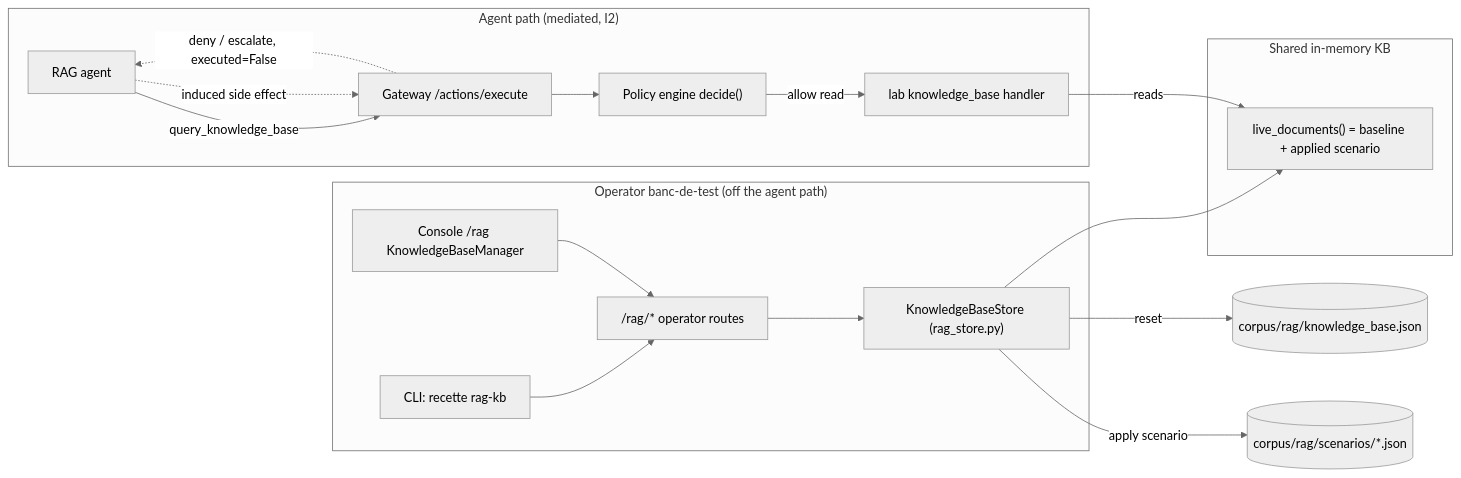
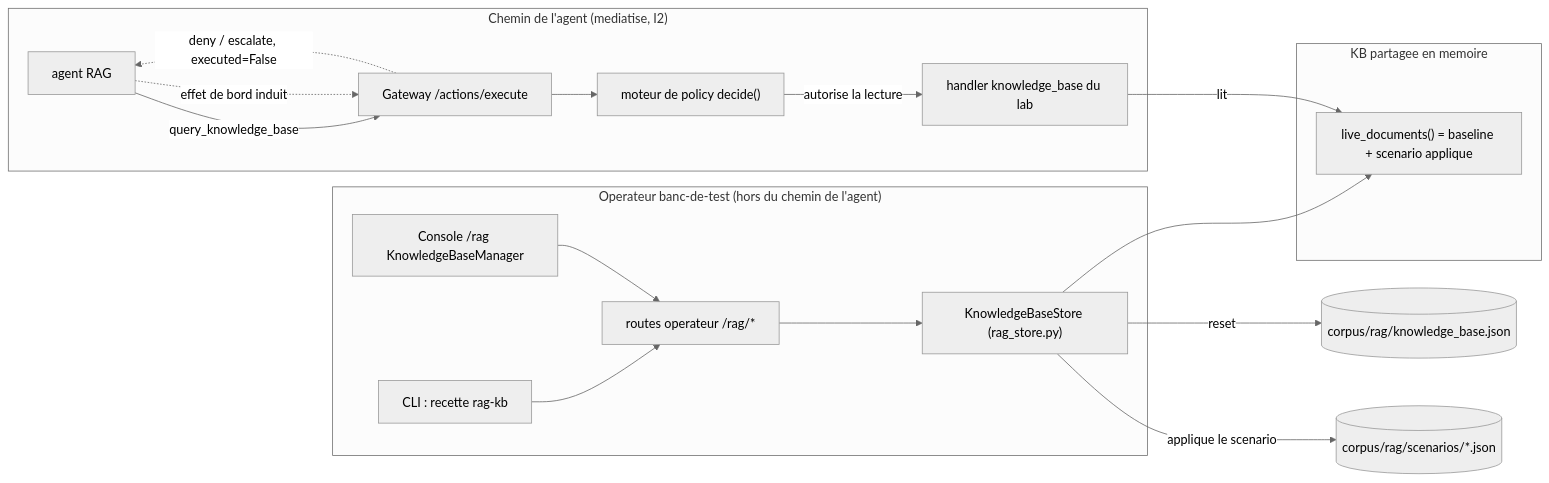
One commit to mo0ogly/recette_IA_agents changed the first of 3 diagrams in docs/runbooks/rag-knowledge-base-crud.md. Above: the diagram before and after it, drawn with Mermaid (neutral theme). The commit also changed other lines of this file and 25 other files, not shown here.

````diff
--- a/docs/runbooks/rag-knowledge-base-crud.md
+++ b/docs/runbooks/rag-knowledge-base-crud.md
@@ -46,33 +51,33 @@
 ```mermaid
 flowchart LR
-  subgraph Operator["Operator banc-de-test (off the agent path)"]
-    CLI["CLI: recette rag-kb"]
+  subgraph Operator["Operateur banc-de-test (hors du chemin de l'agent)"]
+    CLI["CLI : recette rag-kb"]
     UI["Console /rag KnowledgeBaseManager"]
-    ROUTES["/rag/* operator routes"]
+    ROUTES["routes operateur /rag/*"]
     STORE["KnowledgeBaseStore (rag_store.py)"]
   end
-  subgraph Shared["Shared in-memory KB"]
-    LIVE["live_documents() = baseline + applied scenario"]
+  subgraph Shared["KB partagee en memoire"]
+    LIVE["live_documents() = baseline + scenario applique"]
   end
-  subgraph AgentPath["Agent path (mediated, I2)"]
-    AGENT["RAG agent"]
+  subgraph AgentPath["Chemin de l'agent (mediatise, I2)"]
+    AGENT["agent RAG"]
     GW["Gateway /actions/execute"]
-    POLICY["Policy engine decide()"]
-    LAB["lab knowledge_base handler"]
+    POLICY["moteur de policy decide()"]
+    LAB["handler knowledge_base du lab"]
   end
   BASELINE[("corpus/rag/knowledge_base.json")]
   SCEN[("corpus/rag/scenarios/*.json")]
 
   CLI --> ROUTES
   UI --> ROUTES
   ROUTES --> STORE
   STORE -->|reset| BASELINE
-  STORE -->|apply scenario| SCEN
+  STORE -->|applique le scenario| SCEN
   STORE --> LIVE
   AGENT -->|query_knowledge_base| GW
   GW --> POLICY
-  POLICY -->|allow read| LAB
-  LAB -->|reads| LIVE
-  AGENT -.->|induced side effect| GW
+  POLICY -->|autorise la lecture| LAB
+  LAB -->|lit| LIVE
+  AGENT -.->|effet de bord induit| GW
   GW -.->|deny / escalate, executed=False| AGENT
 ```
````
